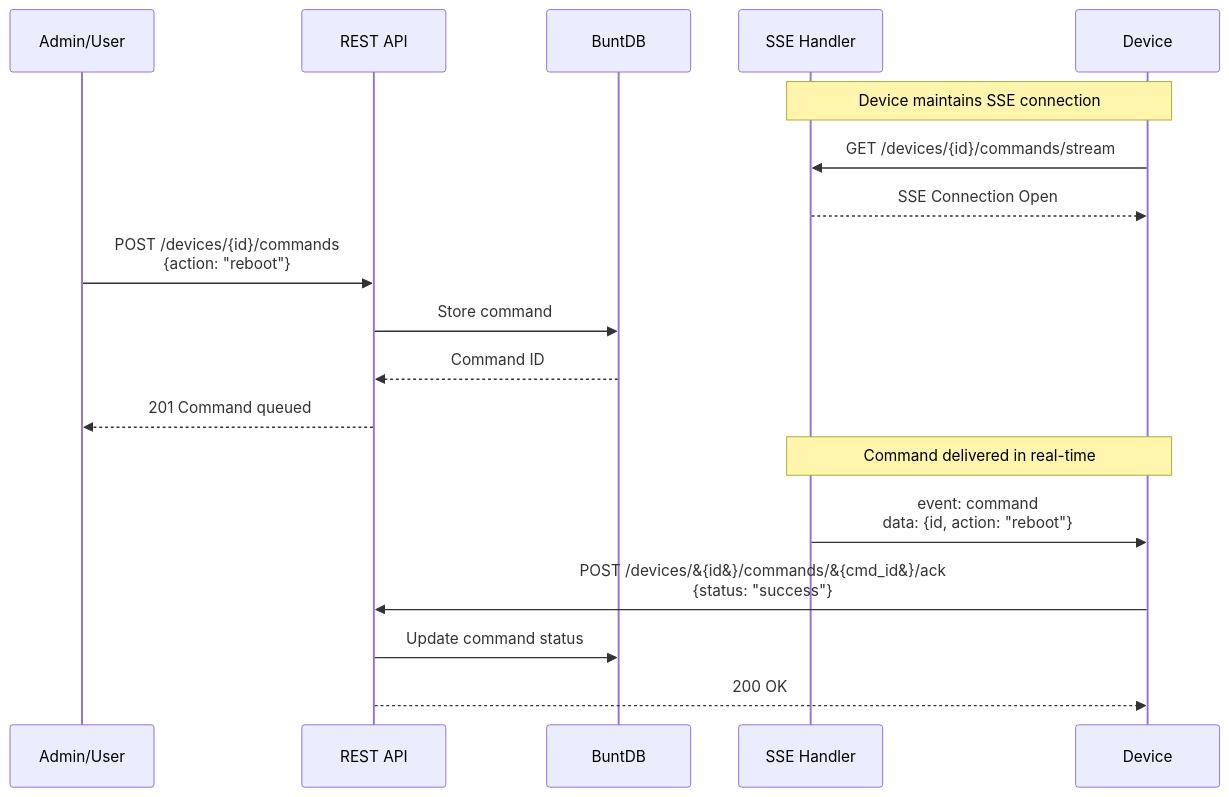
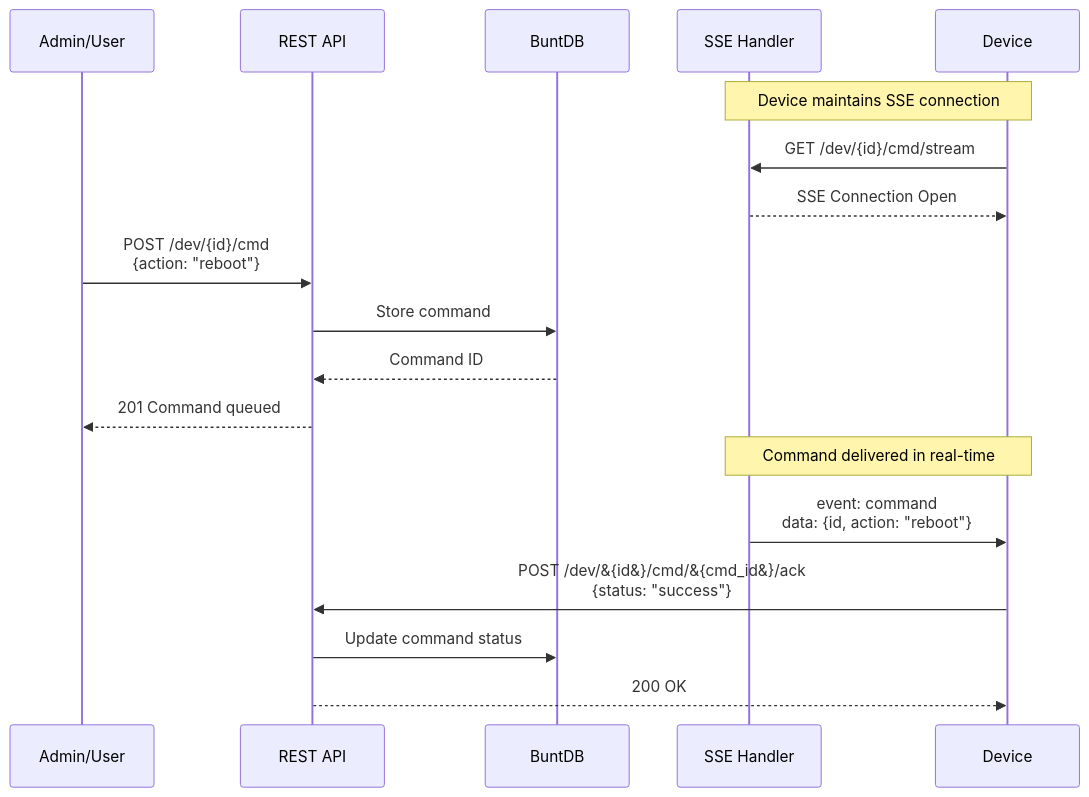
Before and after one commit to tevfik/datum-server: the sixth of 15 diagrams in docs/diagrams/ARCHITECTURE.md, drawn with Mermaid. The commit also changed other lines of this file and 61 other files, not shown here.

````diff
--- a/docs/diagrams/ARCHITECTURE.md
+++ b/docs/diagrams/ARCHITECTURE.md
@@ -151,24 +181,24 @@
 ```mermaid
 sequenceDiagram
     participant Admin as Admin/User
     participant API as REST API
     participant BuntDB
     participant SSE as SSE Handler
     participant Device
     
     Note over Device,SSE: Device maintains SSE connection
-    Device->>SSE: GET /devices/{id}/commands/stream
+    Device->>SSE: GET /dev/{id}/cmd/stream
     SSE-->>Device: SSE Connection Open
     
-    Admin->>API: POST /devices/{id}/commands<br/>{action: "reboot"}
+    Admin->>API: POST /dev/{id}/cmd<br/>{action: "reboot"}
     API->>BuntDB: Store command
     BuntDB-->>API: Command ID
     API-->>Admin: 201 Command queued
     
     Note over SSE,Device: Command delivered in real-time
     SSE->>Device: event: command<br/>data: {id, action: "reboot"}
     
-    Device->>API: POST /devices/&#123;id&#125;/commands/&#123;cmd_id&#125;/ack<br/>{status: "success"}
+    Device->>API: POST /dev/&#123;id&#125;/cmd/&#123;cmd_id&#125;/ack<br/>{status: "success"}
     API->>BuntDB: Update command status
     API-->>Device: 200 OK
 ```
````
